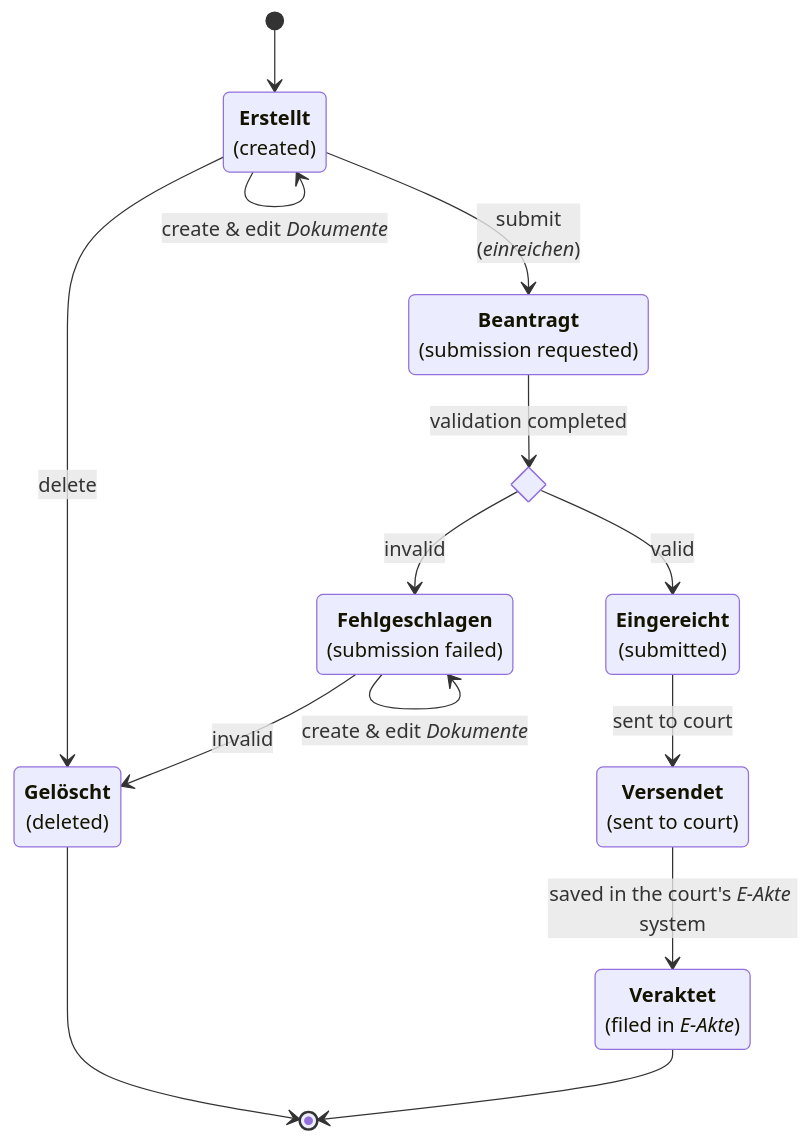
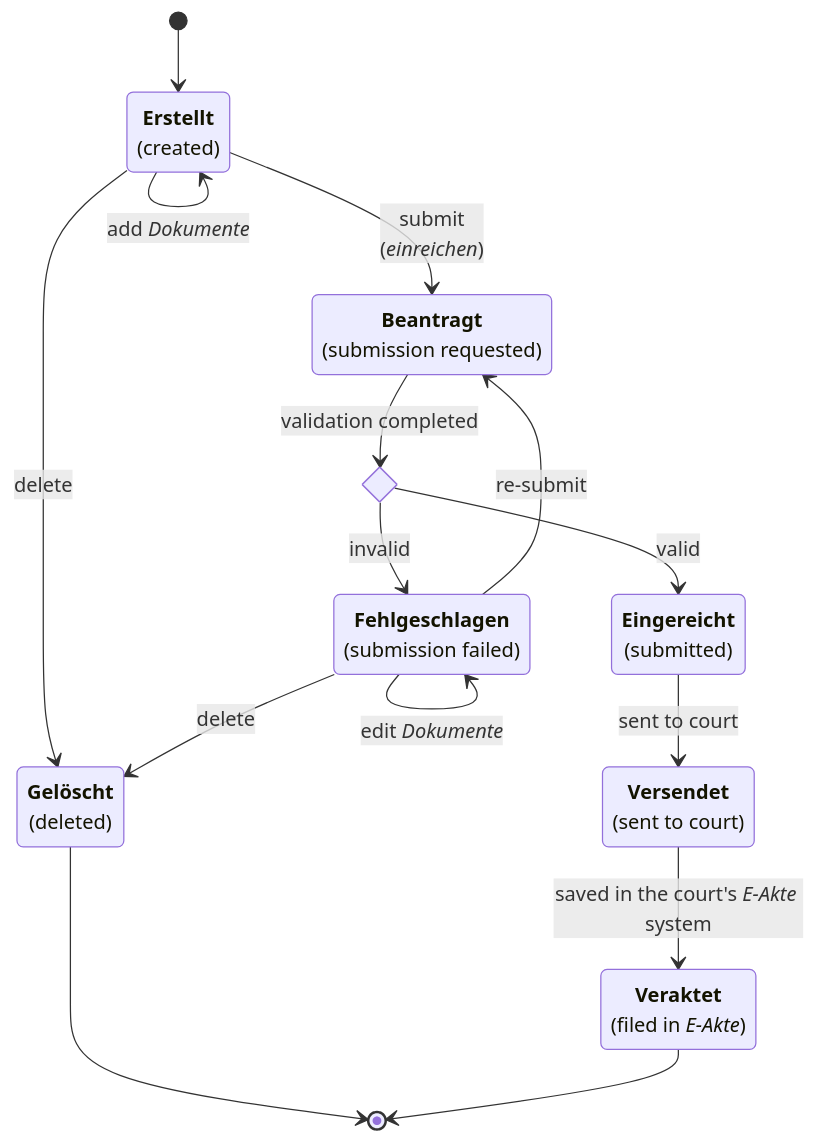
One commit to digitalservicebund/a2j-kommunikationsplattform changed the third of 4 diagrams in doc/topics/domain-model.md. Above: the diagram before and after it, drawn with Mermaid. The commit also changed other lines of this file and 1 other file, not shown here.

````diff
--- a/doc/topics/domain-model.md
+++ b/doc/topics/domain-model.md
@@ -154,28 +156,29 @@
 ```mermaid
 stateDiagram-v2
     erstellt: <b>Erstellt</b><br/>(created)
     beantragt: <b>Beantragt</b><br/>(submission requested)
     eingereicht: <b>Eingereicht</b><br/>(submitted)
     fehlgeschlagen: <b>Fehlgeschlagen</b><br/>(submission failed)
     versendet: <b>Versendet</b><br/>(sent to court)
     veraktet: <b>Veraktet</b><br/>(filed in <i>E-Akte</i>)
     gelöscht: <b>Gelöscht</b><br/>(deleted)
     state is_valid <<choice>>
 
     [*] --> erstellt
 
-    erstellt --> erstellt: create & edit _Dokumente_
+    erstellt --> erstellt: add _Dokumente_
     erstellt --> beantragt: submit <br/> (_einreichen_)
     beantragt --> is_valid: validation completed
     is_valid --> fehlgeschlagen: invalid
     is_valid --> eingereicht: valid
 
     erstellt --> gelöscht: delete
     gelöscht --> [*]
-    fehlgeschlagen --> fehlgeschlagen: create & edit _Dokumente_
-    fehlgeschlagen --> gelöscht: invalid
+    fehlgeschlagen --> fehlgeschlagen: edit _Dokumente_
+    fehlgeschlagen --> beantragt: re-submit
+    fehlgeschlagen --> gelöscht: delete
 
     eingereicht --> versendet: sent to court
     versendet --> veraktet: saved in the court's <i>E-Akte</i> system
     veraktet --> [*]
 ```
````
